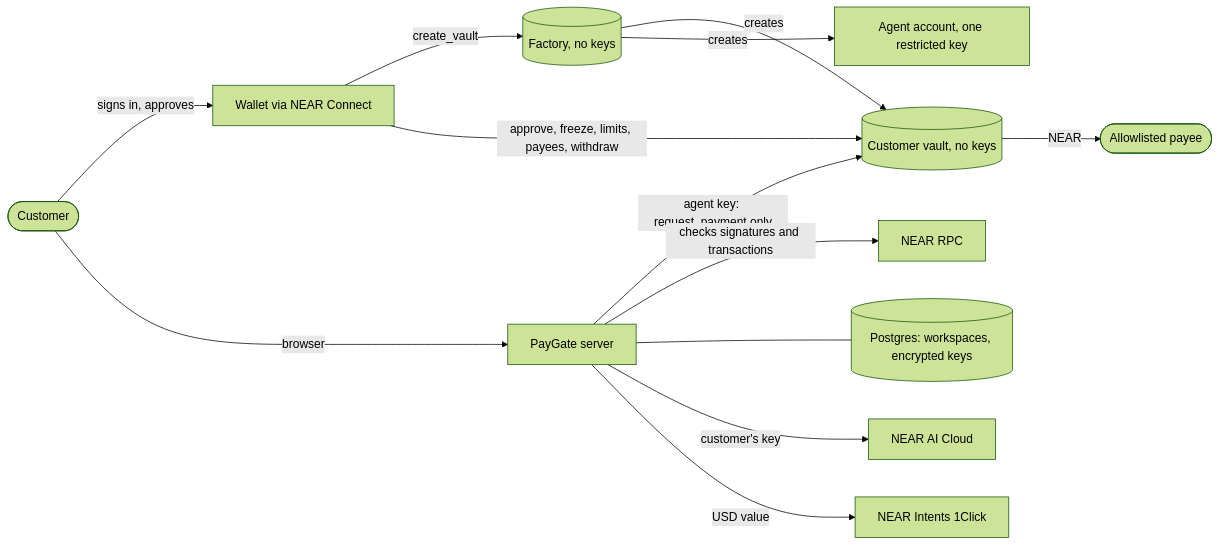
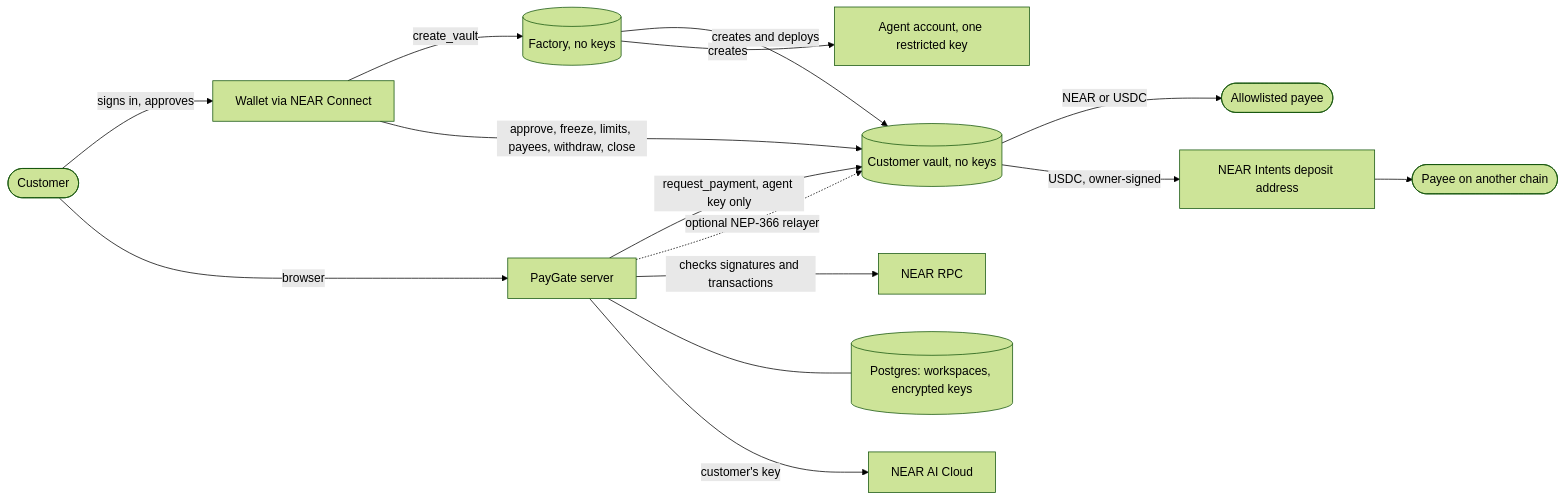
Before and after one commit to drained69/PayGate: the second of 3 diagrams in README.md, drawn with Mermaid (forest theme). The commit also changed other lines of this file and 3 other files, not shown here.

````diff
--- a/README.md
+++ b/README.md
@@ -109,15 +180,16 @@
 ```mermaid
 flowchart LR
   C([Customer]) -- signs in, approves --> W[Wallet via NEAR Connect]
   C -- browser --> S[PayGate server]
   W -- create_vault --> F[(Factory, no keys)]
-  F -- creates --> V[(Customer vault, no keys)]
+  F -- creates and deploys --> V[(Customer vault, no keys)]
   F -- creates --> A[Agent account, one restricted key]
-  W -- approve, freeze, limits, payees, withdraw --> V
-  S -- agent key: request_payment only --> V
+  W -- approve, freeze, limits, payees, withdraw, close --> V
+  S -- request_payment, agent key only --> V
+  S -. optional NEP-366 relayer .-> V
   S -- checks signatures and transactions --> R[NEAR RPC]
   S --- DB[(Postgres: workspaces, encrypted keys)]
-  V -- NEAR --> P([Allowlisted payee])
+  V -- NEAR or USDC --> P([Allowlisted payee])
+  V -- USDC, owner-signed --> I[NEAR Intents deposit address] --> X([Payee on another chain])
   S -- customer's key --> AI[NEAR AI Cloud]
-  S -- USD value --> I[NEAR Intents 1Click]
 ```
````
